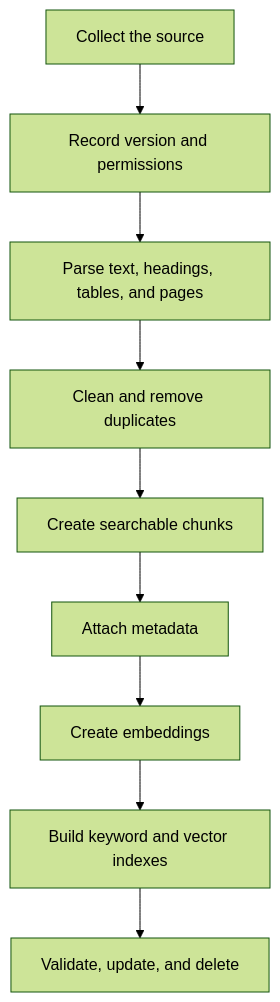
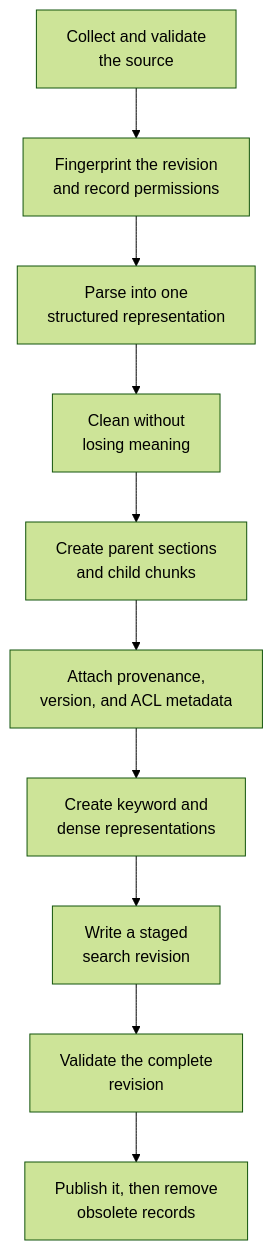
Before and after one commit to ajaypv/fde101: the third of 5 diagrams in src/content/docs/rag/index.mdx, drawn with Mermaid (forest theme). The commit also changed other lines of this file and 2 other files, not shown here.

````diff
--- a/src/content/docs/rag/index.mdx
+++ b/src/content/docs/rag/index.mdx
@@ -139,11 +161,12 @@
 ```mermaid
 flowchart TD
-    A["Collect the source"] --> B["Record version and permissions"]
-    B --> C["Parse text, headings, tables, and pages"]
-    C --> D["Clean and remove duplicates"]
-    D --> E["Create searchable chunks"]
-    E --> F["Attach metadata"]
-    F --> G["Create embeddings"]
-    G --> H["Build keyword and vector indexes"]
-    H --> I["Validate, update, and delete"]
+    A["Collect and validate<br/>the source"] --> B["Fingerprint the revision<br/>and record permissions"]
+    B --> C["Parse into one<br/>structured representation"]
+    C --> D["Clean without<br/>losing meaning"]
+    D --> E["Create parent sections<br/>and child chunks"]
+    E --> F["Attach provenance,<br/>version, and ACL metadata"]
+    F --> G["Create keyword and<br/>dense representations"]
+    G --> H["Write a staged<br/>search revision"]
+    H --> I["Validate the complete<br/>revision"]
+    I --> J["Publish it, then remove<br/>obsolete records"]
 ```
````
